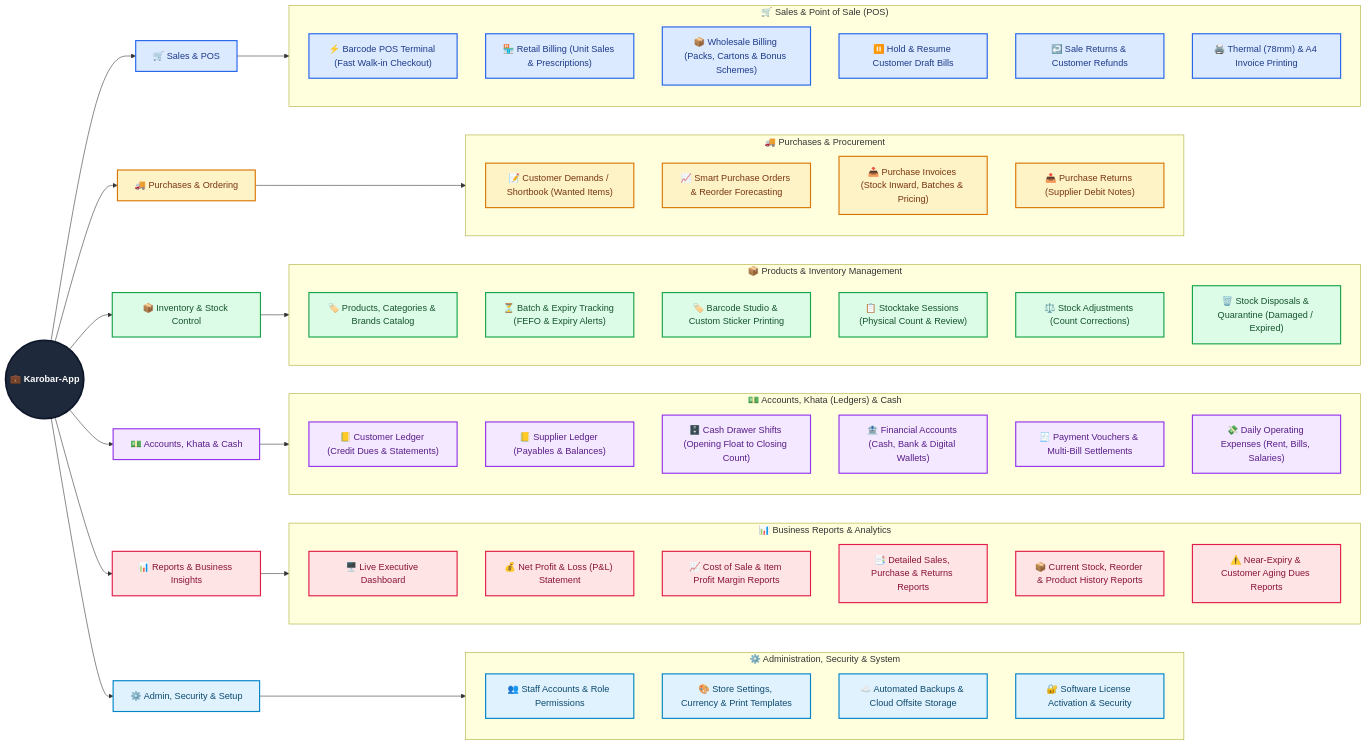
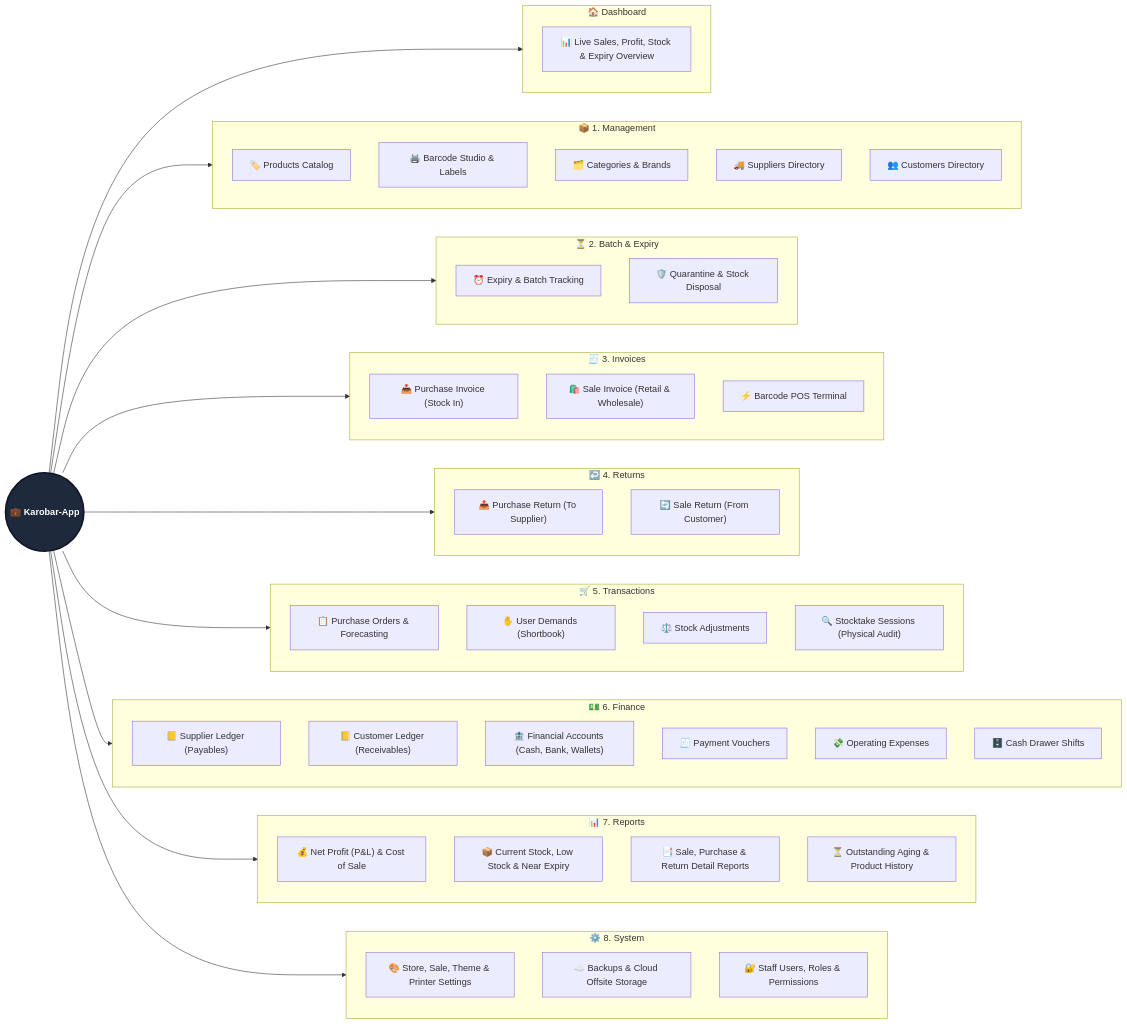
The diagram in README.md (shzdasim/Karobar-App), drawn with Mermaid before and after one commit. The commit also changed other lines of this file, not shown here.

````diff
--- a/README.md
+++ b/README.md
@@ -32,96 +32,73 @@
 flowchart LR
     ROOT(("💼 Karobar-App"))
 
-    %% Main Pillars
-    ROOT --> SALES["🛒 Sales & POS"]
-    ROOT --> PURCHASES["🚚 Purchases & Ordering"]
-    ROOT --> INVENTORY["📦 Inventory & Stock Control"]
-    ROOT --> FINANCE["💵 Accounts, Khata & Cash"]
-    ROOT --> REPORTS["📊 Reports & Business Insights"]
-    ROOT --> ADMIN["⚙️ Admin, Security & Setup"]
+    subgraph SG_DASH["🏠 Dashboard"]
+        D1["📊 Live Sales, Profit, Stock & Expiry Overview"]
+    end
 
-    %% 1. Sales & POS
-    subgraph SG_SALES["🛒 Sales & Point of Sale (POS)"]
-        direction TB
-        S1["⚡ Barcode POS Terminal (Fast Walk-in Checkout)"]
-        S2["🏪 Retail Billing (Unit Sales & Prescriptions)"]
-        S3["📦 Wholesale Billing (Packs, Cartons & Bonus Schemes)"]
-        S4["⏸️ Hold & Resume Customer Draft Bills"]
-        S5["↩️ Sale Returns & Customer Refunds"]
-        S6["🖨️ Thermal (78mm) & A4 Invoice Printing"]
+    subgraph SG_CORE["📦 1. Management"]
+        M1["🏷️ Products Catalog"]
+        M2["🖨️ Barcode Studio & Labels"]
+        M3["🗂️ Categories & Brands"]
+        M4["🚚 Suppliers Directory"]
+        M5["👥 Customers Directory"]
     end
-    SALES --> SG_SALES
 
-    %% 2. Purchases & Ordering
-    subgraph SG_PURCHASES["🚚 Purchases & Procurement"]
-        direction TB
-        P1["📝 Customer Demands / Shortbook (Wanted Items)"]
-        P2["📈 Smart Purchase Orders & Reorder Forecasting"]
-        P3["📥 Purchase Invoices (Stock Inward, Batches & Pricing)"]
-        P4["📤 Purchase Returns (Supplier Debit Notes)"]
+    subgraph SG_BATCH["⏳ 2. Batch & Expiry"]
+        B1["⏰ Expiry & Batch Tracking"]
+        B2["🛡️ Quarantine & Stock Disposal"]
     end
-    PURCHASES --> SG_PURCHASES
 
-    %% 3. Inventory & Stock Control
-    subgraph SG_INVENTORY["📦 Products & Inventory Management"]
-        direction TB
-        I1["🏷️ Products, Categories & Brands Catalog"]
-        I2["⏳ Batch & Expiry Tracking (FEFO & Expiry Alerts)"]
-        I3["🏷️ Barcode Studio & Custom Sticker Printing"]
-        I4["📋 Stocktake Sessions (Physical Count & Review)"]
-        I5["⚖️ Stock Adjustments (Count Corrections)"]
-        I6["🗑️ Stock Disposals & Quarantine (Damaged / Expired)"]
+    subgraph SG_INV["🧾 3. Invoices"]
+        I1["📥 Purchase Invoice (Stock In)"]
+        I2["🛍️ Sale Invoice (Retail & Wholesale)"]
+        I3["⚡ Barcode POS Terminal"]
     end
-    INVENTORY --> SG_INVENTORY
 
-    %% 4. Accounts, Khata & Cash
-    subgraph SG_FINANCE["💵 Accounts, Khata (Ledgers) & Cash"]
-        direction TB
-        F1["📒 Customer Ledger (Credit Dues & Statements)"]
-        F2["📒 Supplier Ledger (Payables & Balances)"]
-        F3["🗄️ Cash Drawer Shifts (Opening Float to Closing Count)"]
-        F4["🏦 Financial Accounts (Cash, Bank & Digital Wallets)"]
-        F5["🧾 Payment Vouchers & Multi-Bill Settlements"]
-        F6["💸 Daily Operating Expenses (Rent, Bills, Salaries)"]
+    subgraph SG_RET["↩️ 4. Returns"]
+        RT1["📤 Purchase Return (To Supplier)"]
+        RT2["🔄 Sale Return (From Customer)"]
     end
-    FINANCE --> SG_FINANCE
 
-    %% 5. Reports & Business Insights
-    subgraph SG_REPORTS["📊 Business Reports & Analytics"]
-        direction TB
-        R1["🖥️ Live Executive Dashboard"]
-        R2["💰 Net Profit & Loss (P&L) Statement"]
-        R3["📈 Cost of Sale & Item Profit Margin Reports"]
-        R4["📑 Detailed Sales, Purchase & Returns Reports"]
-        R5["📦 Current Stock, Reorder & Product History Reports"]
-        R6["⚠️ Near-Expiry & Customer Aging Dues Reports"]
+    subgraph SG_TXN["🛒 5. Transactions"]
+        T1["📋 Purchase Orders & Forecasting"]
+        T2["✋ User Demands (Shortbook)"]
+        T3["⚖️ Stock Adjustments"]
+        T4["🔍 Stocktake Sessions (Physical Audit)"]
     end
-    REPORTS --> SG_REPORTS
 
-    %% 6. Admin, Security & Setup
-    subgraph SG_ADMIN["⚙️ Administration, Security & System"]
-        direction TB
-        A1["👥 Staff Accounts & Role Permissions"]
-        A2["🎨 Store Settings, Currency & Print Templates"]
-        A3["☁️ Automated Backups & Cloud Offsite Storage"]
-        A4["🔐 Software License Activation & Security"]
+    subgraph SG_FIN["💵 6. Finance"]
+        F1["📒 Supplier Ledger (Payables)"]
+        F2["📒 Customer Ledger (Receivables)"]
+        F3["🏦 Financial Accounts (Cash, Bank, Wallets)"]
+        F4["🧾 Payment Vouchers"]
+        F5["💸 Operating Expenses"]
+        F6["🗄️ Cash Drawer Shifts"]
     end
-    ADMIN --> SG_ADMIN
 
-    %% Styling for Visual Clarity
+    subgraph SG_REP["📊 7. Reports"]
+        RP1["💰 Net Profit (P&L) & Cost of Sale"]
+        RP2["📦 Current Stock, Low Stock & Near Expiry"]
+        RP3["📑 Sale, Purchase & Return Detail Reports"]
+        RP4["⏳ Outstanding Aging & Product History"]
+    end
+
+    subgraph SG_SYS["⚙️ 8. System"]
+        SY1["🎨 Store, Sale, Theme & Printer Settings"]
+        SY2["☁️ Backups & Cloud Offsite Storage"]
+        SY3["🔐 Staff Users, Roles & Permissions"]
+    end
+
+    ROOT --> SG_DASH
+    ROOT --> SG_CORE
+    ROOT --> SG_BATCH
+    ROOT --> SG_INV
+    ROOT --> SG_RET
+    ROOT --> SG_TXN
+    ROOT --> SG_FIN
+    ROOT --> SG_REP
+    ROOT --> SG_SYS
+
     classDef rootStyle fill:#1e293b,stroke:#0f172a,stroke-width:3px,color:#ffffff,font-weight:bold
-    classDef salesStyle fill:#dbeafe,stroke:#2563eb,stroke-width:2px,color:#1e3a8a
-    classDef purchaseStyle fill:#fef3c7,stroke:#d97706,stroke-width:2px,color:#78350f
-    classDef inventoryStyle fill:#dcfce7,stroke:#16a34a,stroke-width:2px,color:#14532d
-    classDef financeStyle fill:#f3e8ff,stroke:#9333ea,stroke-width:2px,color:#581c87
-    classDef reportStyle fill:#ffe4e6,stroke:#e11d48,stroke-width:2px,color:#881337
-    classDef adminStyle fill:#e0f2fe,stroke:#0284c7,stroke-width:2px,color:#0c4a6e
-
     class ROOT rootStyle
-    class SALES,S1,S2,S3,S4,S5,S6 salesStyle
-    class PURCHASES,P1,P2,P3,P4 purchaseStyle
-    class INVENTORY,I1,I2,I3,I4,I5,I6 inventoryStyle
-    class FINANCE,F1,F2,F3,F4,F5,F6 financeStyle
-    class REPORTS,R1,R2,R3,R4,R5,R6 reportStyle
-    class ADMIN,A1,A2,A3,A4 adminStyle
 ```
````
